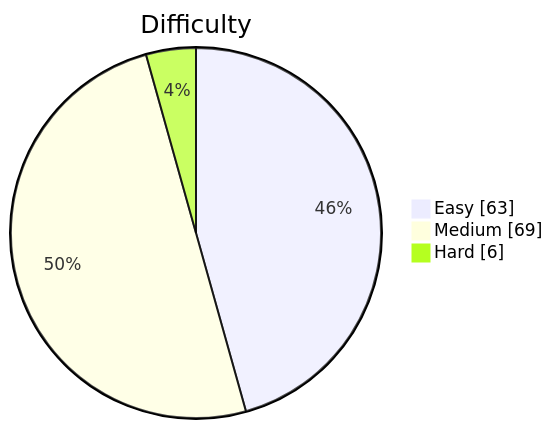
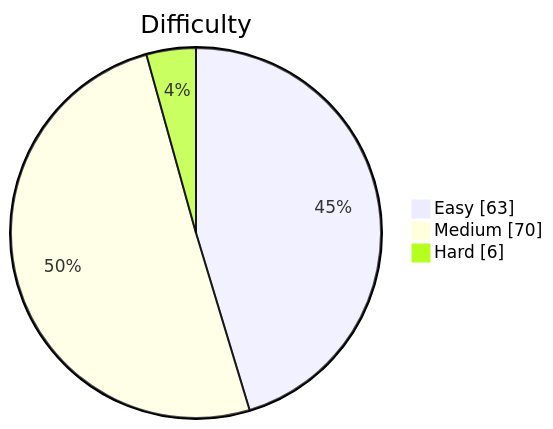
One commit to kevstevie/python-algo-practice changed the diagram in README.md. Above: the diagram before and after it, drawn with Mermaid. The commit also changed other lines of this file, not shown here.

````diff
--- a/README.md
+++ b/README.md
@@ -13,7 +13,7 @@
 ```mermaid
 pie showData
     title Difficulty
     "Easy"   : 63
-    "Medium" : 69
+    "Medium" : 70
     "Hard"   : 6
 ```
````
